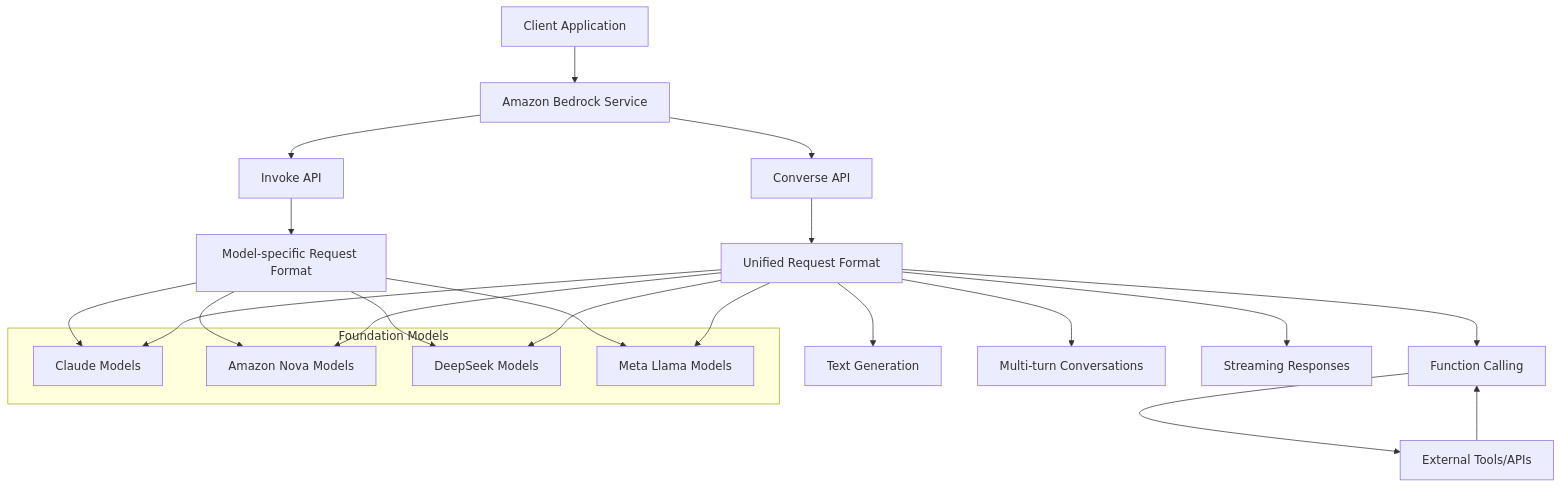
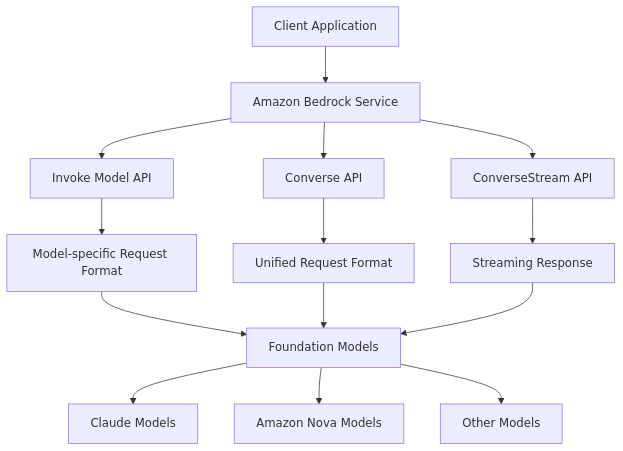
One commit to ManojRamani/aws-samples-amazon-bedrock-workshop changed the first of 2 diagrams in my-analysis/SUMMARY-01_Text_generation.md. Above: the diagram before and after it, drawn with Mermaid. The commit also changed other lines of this file and 27 other files, not shown here.

````diff
--- a/my-analysis/SUMMARY-01_Text_generation.md
+++ b/my-analysis/SUMMARY-01_Text_generation.md
@@ -271,30 +252,19 @@
 ```mermaid
-flowchart TD
-    A[Client Application] --> B[Amazon Bedrock Service]
-    B --> C1[Invoke API]
-    B --> C2[Converse API]
-    C1 --> D1[Model-specific Request Format]
-    C2 --> D2[Unified Request Format]
-    D2 --> E1[Text Generation]
-    D2 --> E2[Multi-turn Conversations]
-    D2 --> E3[Streaming Responses]
-    D2 --> E4[Function Calling]
-    E4 --> F[External Tools/APIs]
-    F --> E4
-    
-    subgraph "Foundation Models"
-    M1[Claude Models]
-    M2[Amazon Nova Models]
-    M3[DeepSeek Models]
-    M4[Meta Llama Models]
-    end
-    
-    D1 --> M1
-    D1 --> M2
-    D1 --> M3
-    D1 --> M4
-    D2 --> M1
-    D2 --> M2
-    D2 --> M3
-    D2 --> M4
+    flowchart TD
+        A[Client Application] --> B[Amazon Bedrock Service]
+        B --> C1[Invoke Model API]
+        B --> C2[Converse API]
+        B --> C3[ConverseStream API]
+        
+        C1 --> D1[Model-specific Request Format]
+        C2 --> D2[Unified Request Format]
+        C3 --> D3[Streaming Response]
+        
+        D1 --> E[Foundation Models]
+        D2 --> E
+        D3 --> E
+        
+        E --> F1[Claude Models]
+        E --> F2[Amazon Nova Models]
+        E --> F3[Other Models]
 ```
````
